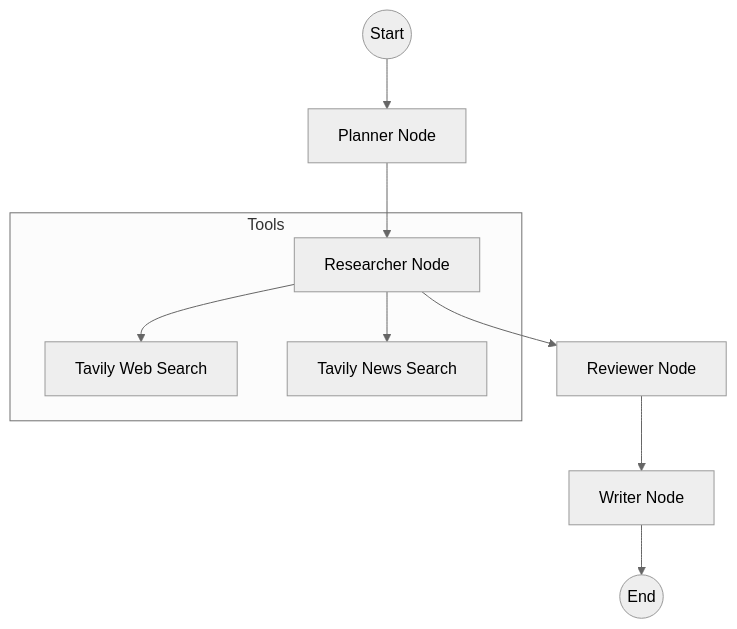
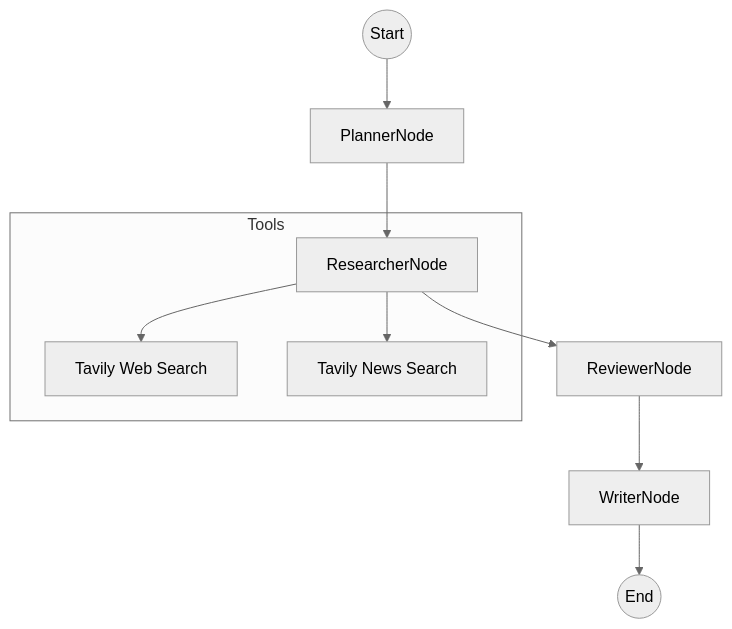
One commit to 19165/nous changed the diagram in README.md. Above: the diagram before and after it, drawn with Mermaid (neutral theme). The commit also changed other lines of this file, not shown here.

Commit message:
docs: update README to reflect v1.2 modular architecture and Ollama integration

````diff
--- a/README.md
+++ b/README.md
@@ -20,13 +20,13 @@
 ```mermaid
 graph TD
-    START((Start)) --> Planner[Planner Node]
-    Planner --> Researcher[Researcher Node]
-    Researcher --> Reviewer[Reviewer Node]
-    Reviewer --> Writer[Writer Node]
+    START((Start)) --> Planner[PlannerNode]
+    Planner --> Researcher[ResearcherNode]
+    Researcher --> Reviewer[ReviewerNode]
+    Reviewer --> Writer[WriterNode]
     Writer --> END((End))
     
     subgraph Tools
         Researcher --> WebSearch[Tavily Web Search]
         Researcher --> NewsSearch[Tavily News Search]
     end
 ```
````
